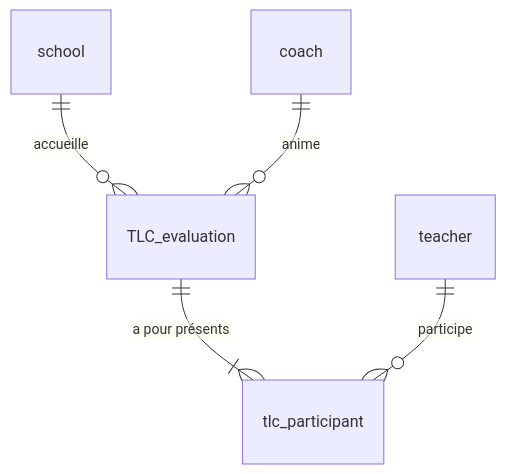
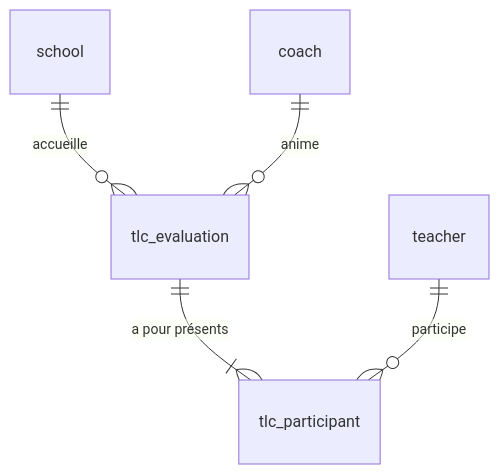
One commit to coach-digital-rdc/coach-doc changed the fifth of 6 diagrams in docs/code/architecture-rdc/modele-de-donnees.md. Above: the diagram before and after it, drawn with Mermaid. The commit also changed other lines of this file, not shown here.

Commit message:
docs: noms de tables en minuscules (tlc_evaluation)

````diff
--- a/docs/code/architecture-rdc/modele-de-donnees.md
+++ b/docs/code/architecture-rdc/modele-de-donnees.md
@@ -324,7 +326,7 @@
 ```mermaid
 erDiagram
-    school ||--o{ TLC_evaluation : accueille
-    coach ||--o{ TLC_evaluation : anime
-    TLC_evaluation ||--|{ tlc_participant : "a pour présents"
+    school ||--o{ tlc_evaluation : accueille
+    coach ||--o{ tlc_evaluation : anime
+    tlc_evaluation ||--|{ tlc_participant : "a pour présents"
     teacher ||--o{ tlc_participant : participe
 ```
````
